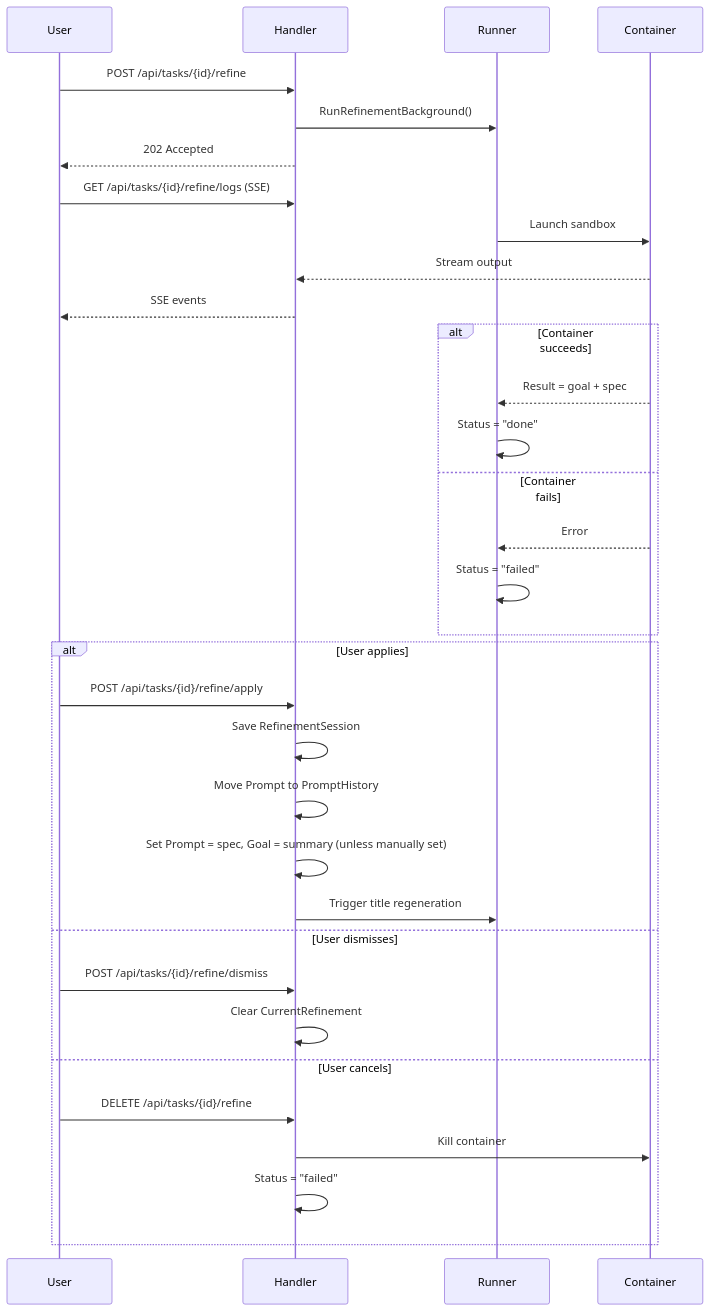
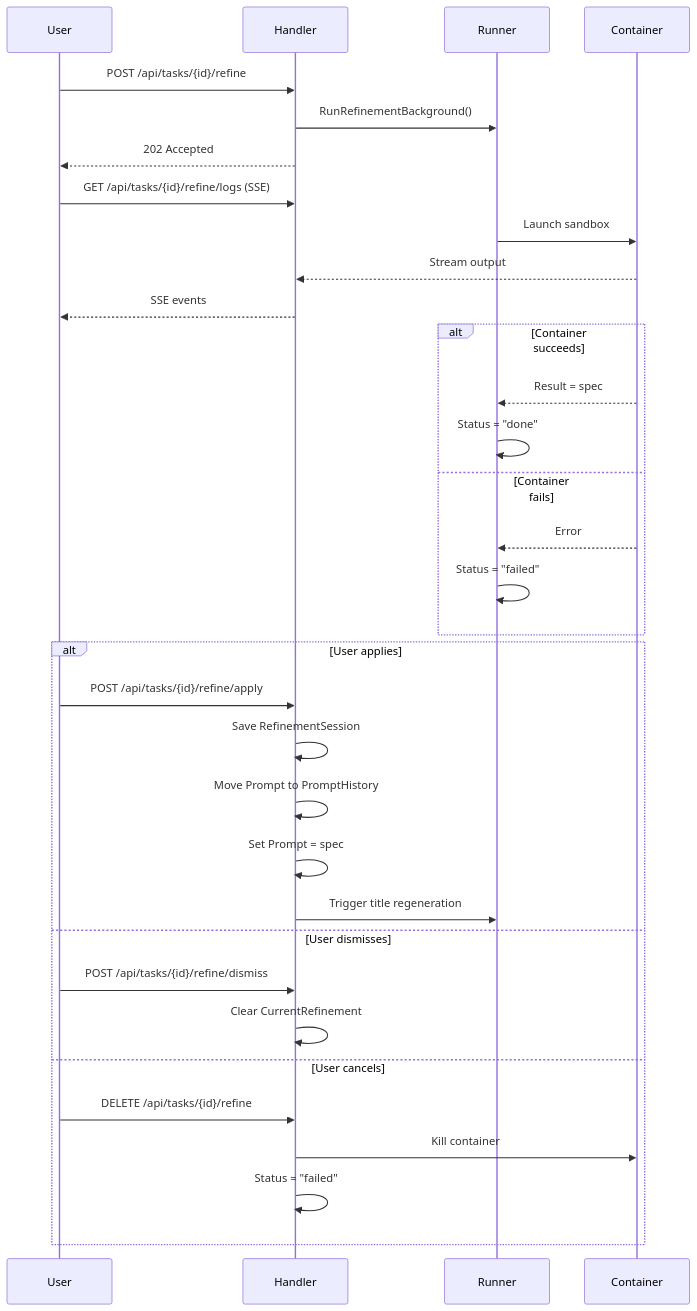
One commit to changkun/wallfacer changed the second of 2 diagrams in docs/internals/task-lifecycle.md. Above: the diagram before and after it, drawn with Mermaid. The commit also changed other lines of this file and 34 other files, not shown here.

````diff
--- a/docs/internals/task-lifecycle.md
+++ b/docs/internals/task-lifecycle.md
@@ -164,39 +164,39 @@
 ```mermaid
 sequenceDiagram
     participant User
     participant Handler
     participant Runner
     participant Container
 
     User->>Handler: POST /api/tasks/{id}/refine
     Handler->>Runner: RunRefinementBackground()
     Handler-->>User: 202 Accepted
 
     User->>Handler: GET /api/tasks/{id}/refine/logs (SSE)
     Runner->>Container: Launch sandbox
     Container-->>Handler: Stream output
     Handler-->>User: SSE events
 
     alt Container succeeds
-        Container-->>Runner: Result = goal + spec
+        Container-->>Runner: Result = spec
         Runner->>Runner: Status = "done"
     else Container fails
         Container-->>Runner: Error
         Runner->>Runner: Status = "failed"
     end
 
     alt User applies
         User->>Handler: POST /api/tasks/{id}/refine/apply
         Handler->>Handler: Save RefinementSession
         Handler->>Handler: Move Prompt to PromptHistory
-        Handler->>Handler: Set Prompt = spec, Goal = summary (unless manually set)
+        Handler->>Handler: Set Prompt = spec
         Handler->>Runner: Trigger title regeneration
     else User dismisses
         User->>Handler: POST /api/tasks/{id}/refine/dismiss
         Handler->>Handler: Clear CurrentRefinement
     else User cancels
         User->>Handler: DELETE /api/tasks/{id}/refine
         Handler->>Container: Kill container
         Handler->>Handler: Status = "failed"
     end
 ```
````
